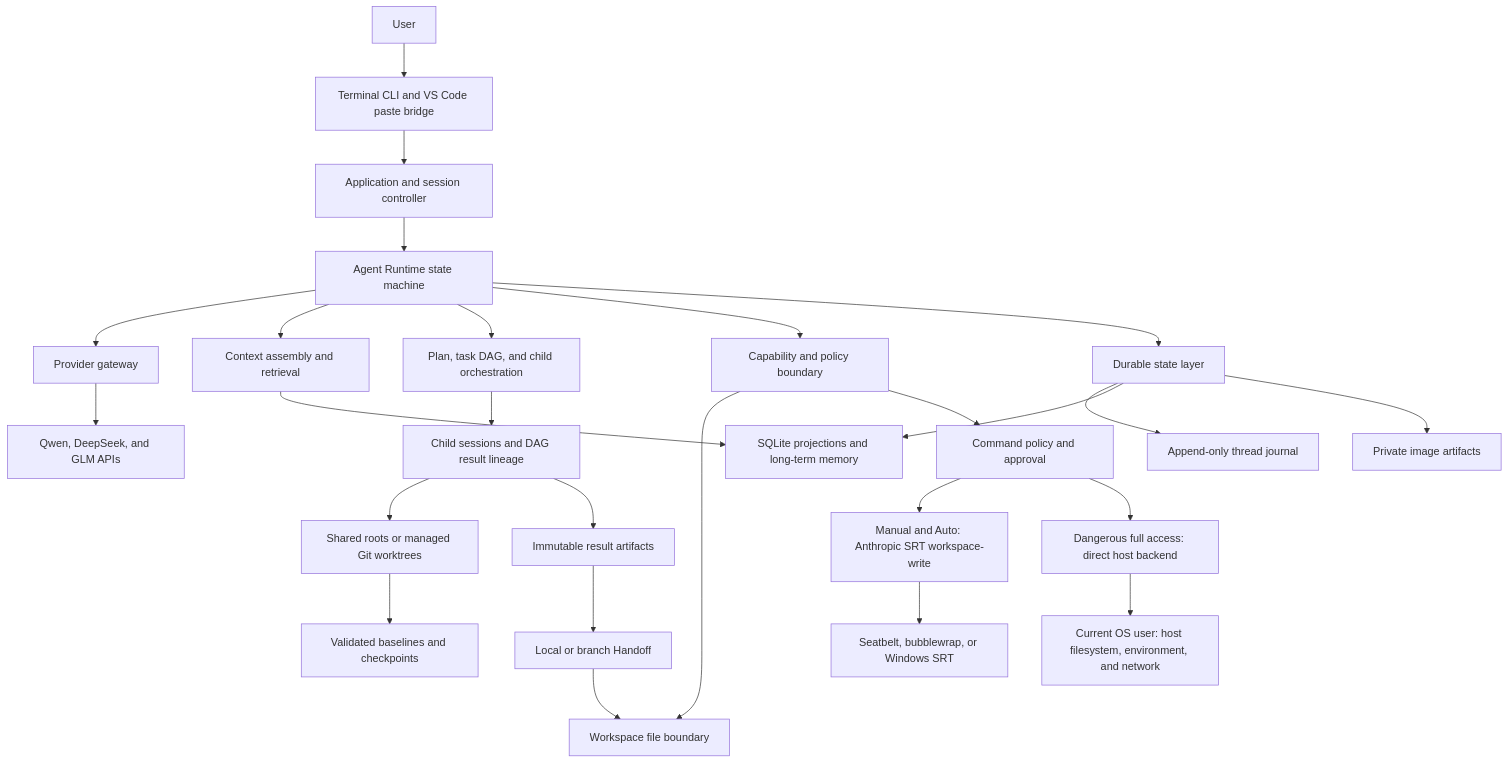
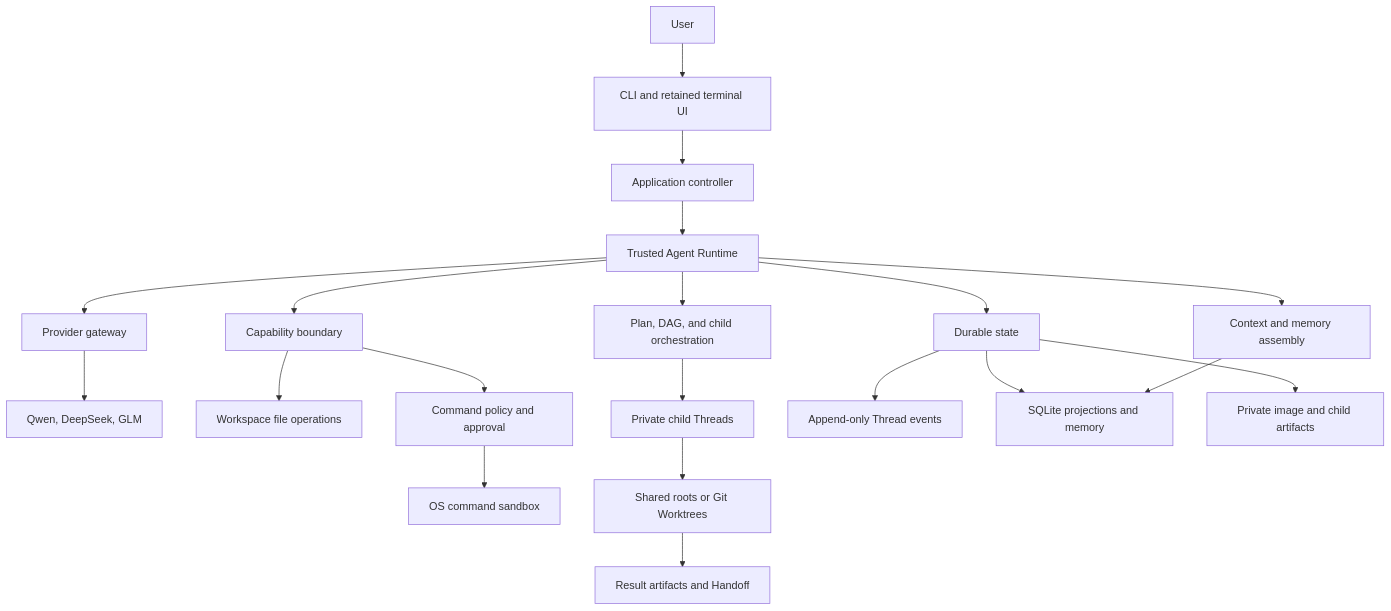
The diagram in docs/TECHNICAL_DESIGN.md (dd1000001000/EASY_CODE), drawn with Mermaid before and after one commit. The commit also changed other lines of this file and 164 other files, not shown here.

````diff
--- a/docs/TECHNICAL_DESIGN.md
+++ b/docs/TECHNICAL_DESIGN.md
@@ -28,31 +49,25 @@
 ```mermaid
 flowchart TB
-    User[User] --> UI[Terminal CLI and VS Code paste bridge]
-    UI --> App[Application and session controller]
-    App --> Runtime[Agent Runtime state machine]
+    User[User] --> UI[CLI and retained terminal UI]
+    UI --> App[Application controller]
+    App --> Runtime[Trusted Agent Runtime]
 
+    Runtime --> Context[Context and memory assembly]
     Runtime --> Provider[Provider gateway]
-    Runtime --> Context[Context assembly and retrieval]
-    Runtime --> Orchestration[Plan, task DAG, and child orchestration]
-    Runtime --> Capabilities[Capability and policy boundary]
+    Runtime --> Tools[Capability boundary]
+    Runtime --> Orchestration[Plan, DAG, and child orchestration]
+    Runtime --> State[Durable state]
 
-    Provider --> APIs[Qwen, DeepSeek, and GLM APIs]
-    Capabilities --> Workspace[Workspace file boundary]
-    Capabilities --> Commands[Command policy and approval]
-    Commands --> Sandbox[Manual and Auto: Anthropic SRT workspace-write]
-    Sandbox --> OS[Seatbelt, bubblewrap, or Windows SRT]
-    Commands --> Host[Dangerous full access: direct host backend]
-    Host --> HostOS[Current OS user: host filesystem, environment, and network]
-    Orchestration --> Children[Child sessions and DAG result lineage]
-    Children --> Environments[Shared roots or managed Git worktrees]
-    Environments --> Snapshots[Validated baselines and checkpoints]
-    Children --> Results[Immutable result artifacts]
-    Results --> Handoff[Local or branch Handoff]
-    Handoff --> Workspace
+    Provider --> APIs[Qwen, DeepSeek, GLM]
+    Tools --> Files[Workspace file operations]
+    Tools --> Commands[Command policy and approval]
+    Commands --> Sandbox[OS command sandbox]
+    Orchestration --> Children[Private child Threads]
+    Children --> Environments[Shared roots or Git Worktrees]
+    Environments --> Artifacts[Result artifacts and Handoff]
 
-    Runtime --> State[Durable state layer]
-    State --> Journal[Append-only thread journal]
-    State --> Database[SQLite projections and long-term memory]
-    State --> Artifacts[Private image artifacts]
+    State --> Journal[Append-only Thread events]
+    State --> Database[SQLite projections and memory]
+    State --> Binary[Private image and child artifacts]
     Context --> Database
 ```
````
